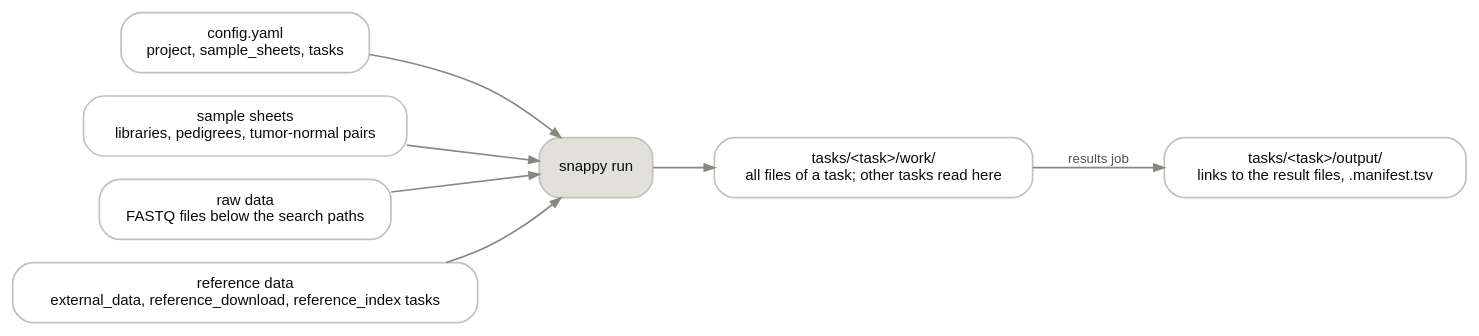
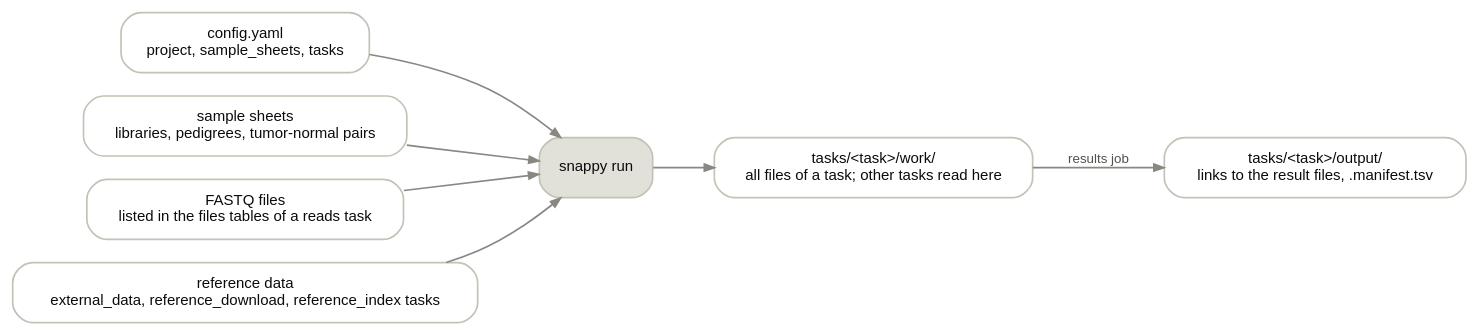
The first of 2 diagrams in docs/overview.md (bihealth/snappy-pipeline), drawn with Graphviz before and after one commit. The commit also changed other lines of this file and 54 other files, not shown here.

First line of the commit message:
feat(contracts)!: split the raw data type by file contract

````diff
--- a/docs/overview.md
+++ b/docs/overview.md
@@ -94,16 +94,16 @@
 ```{graphviz}
 digraph {
     rankdir=LR; bgcolor="transparent"; nodesep=0.2; ranksep=0.5;
     node [shape=box, style="rounded,filled", fillcolor="#ffffff", color="#c3c2b7", fontname="Helvetica", fontsize=9, fontcolor="#0b0b0b"];
     edge [color="#898781", arrowsize=0.6, fontname="Helvetica", fontsize=8, fontcolor="#52514e"];
     config [label="config.yaml\nproject, sample_sheets, tasks"];
     sheets [label="sample sheets\nlibraries, pedigrees, tumor-normal pairs"];
-    raw [label="raw data\nFASTQ files below the search paths"];
+    raw [label="FASTQ files\nlisted in the files tables of a reads task"];
     refs [label="reference data\nexternal_data, reference_download, reference_index tasks"];
     run [label="snappy run", style="rounded,filled", fillcolor="#e1e0d9"];
     work [label="tasks/<task>/work/\nall files of a task; other tasks read here"];
     output [label="tasks/<task>/output/\nlinks to the result files, .manifest.tsv"];
     config -> run; sheets -> run; raw -> run; refs -> run;
     run -> work; work -> output [label="results job"];
 }
 ```
````
